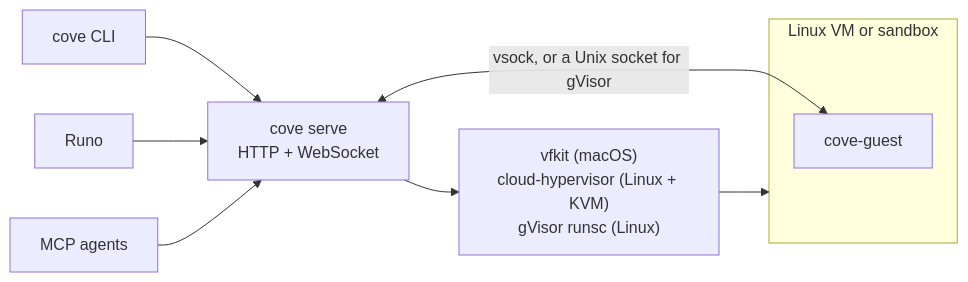
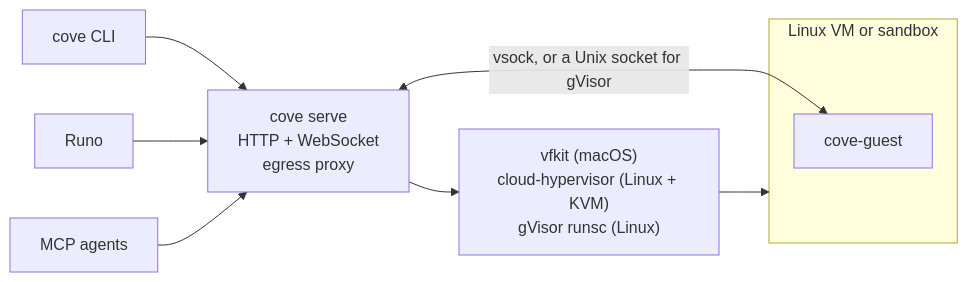
One commit to deltalark/cove changed the second of 2 diagrams in README.md. Above: the diagram before and after it, drawn with Mermaid. The commit also changed other lines of this file and 1 other file, not shown here.

First line of the commit message:
A new README, and an installer that builds a working Cove from source

````diff
--- a/README.md
+++ b/README.md
@@ -297,12 +369,12 @@
 ```mermaid
 flowchart LR
     CLI["cove CLI"] --> S
     Runo["Runo"] --> S
     MCP["MCP agents"] --> S
-    S["cove serve<br/>HTTP + WebSocket"] --> V["vfkit (macOS)<br/>cloud-hypervisor (Linux + KVM)<br/>gVisor runsc (Linux)"]
+    S["cove serve<br/>HTTP + WebSocket<br/>egress proxy"] --> V["vfkit (macOS)<br/>cloud-hypervisor (Linux + KVM)<br/>gVisor runsc (Linux)"]
     V --> VM
     subgraph VM["Linux VM or sandbox"]
         G["cove-guest"]
     end
     S <-- "vsock, or a Unix socket for gVisor" --> G
 ```
````
